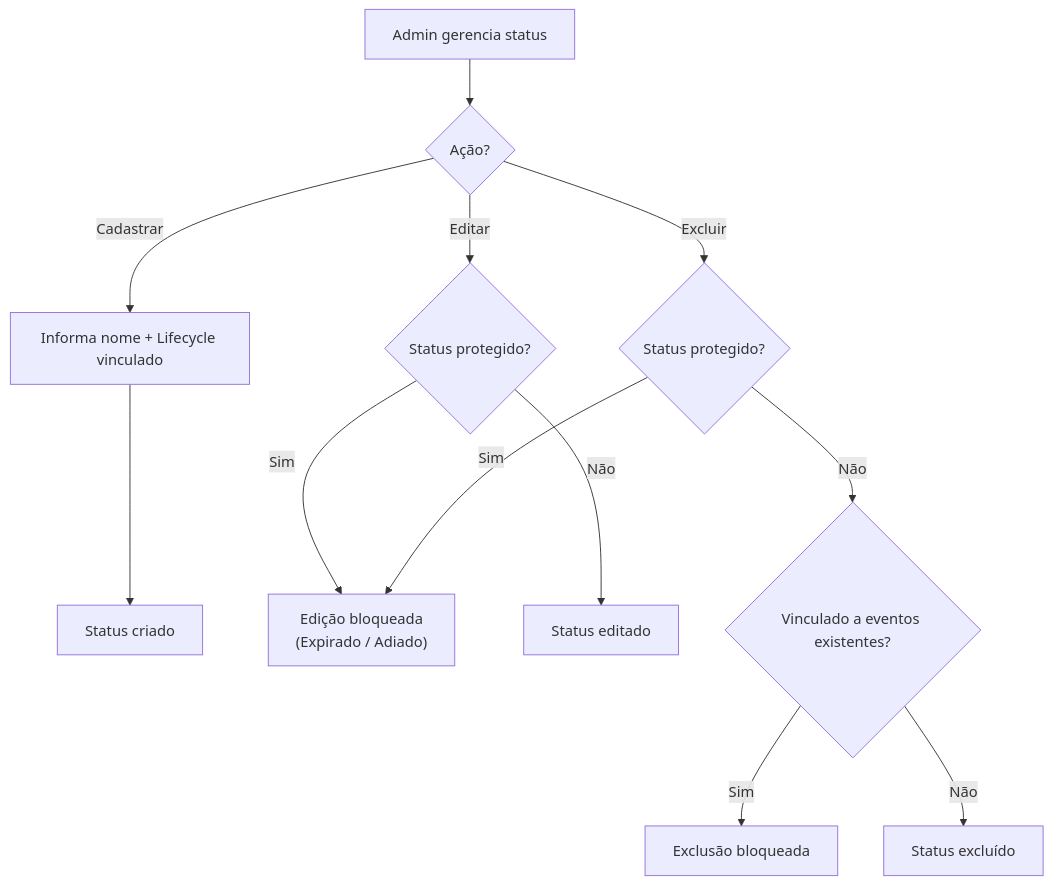
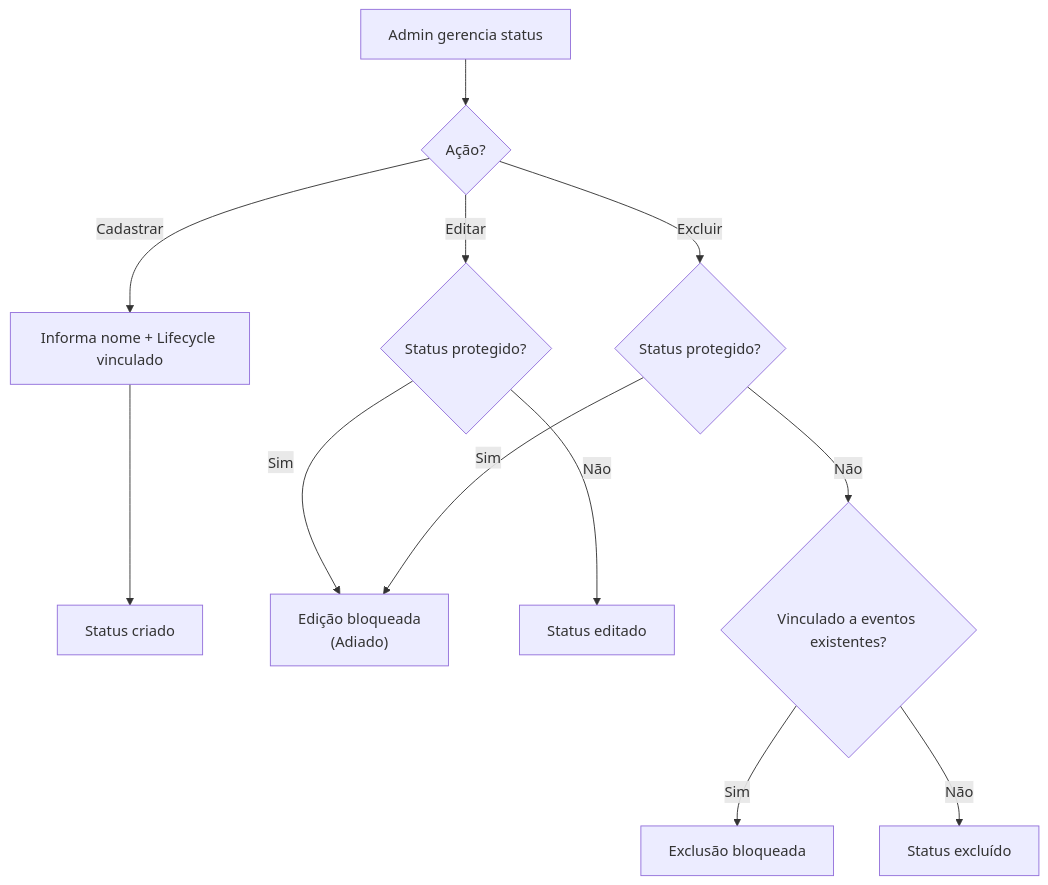
The fourth of 5 diagrams in modules/GESTAO_EVENTOS/FLOWCHART.md (matheu5leone/karmaleoes-admin), drawn with Mermaid before and after one commit. The commit also changed other lines of this file and 10 other files, not shown here.

First line of the commit message:
docs: orçamento, revisões de spec e roadmap de desenvolvimento do Admin

````diff
--- a/modules/GESTAO_EVENTOS/FLOWCHART.md
+++ b/modules/GESTAO_EVENTOS/FLOWCHART.md
@@ -55,14 +55,14 @@
 ```mermaid
 flowchart TD
     A[Admin gerencia status] --> B{Ação?}
     B -- Cadastrar --> C[Informa nome + Lifecycle vinculado]
     C --> D[Status criado]
     B -- Editar --> E{Status protegido?}
-    E -- Sim --> F["Edição bloqueada\n(Expirado / Adiado)"]
+    E -- Sim --> F["Edição bloqueada\n(Adiado)"]
     E -- Não --> G[Status editado]
     B -- Excluir --> H{Status protegido?}
     H -- Sim --> F
     H -- Não --> I{Vinculado a eventos existentes?}
     I -- Sim --> J[Exclusão bloqueada]
     I -- Não --> K[Status excluído]
 ```
````
